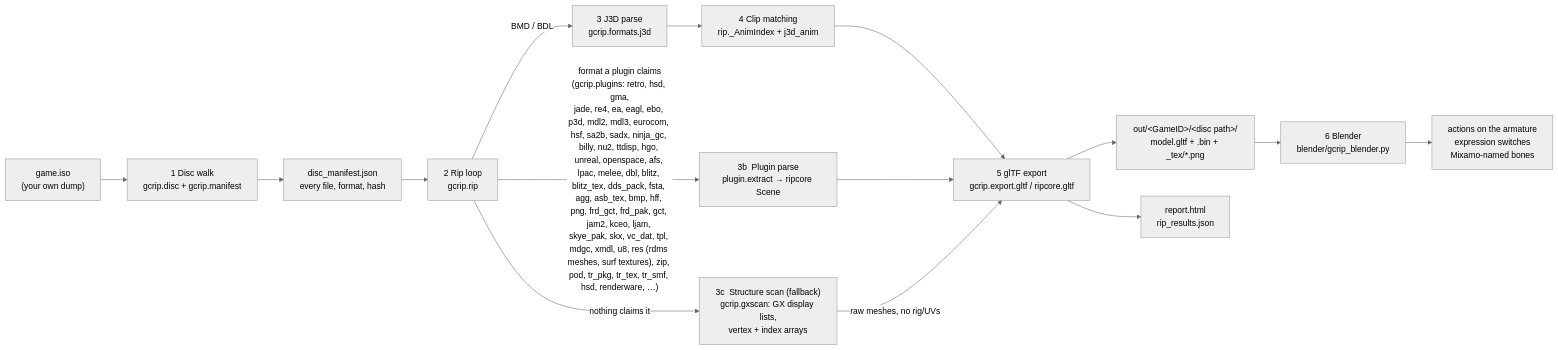
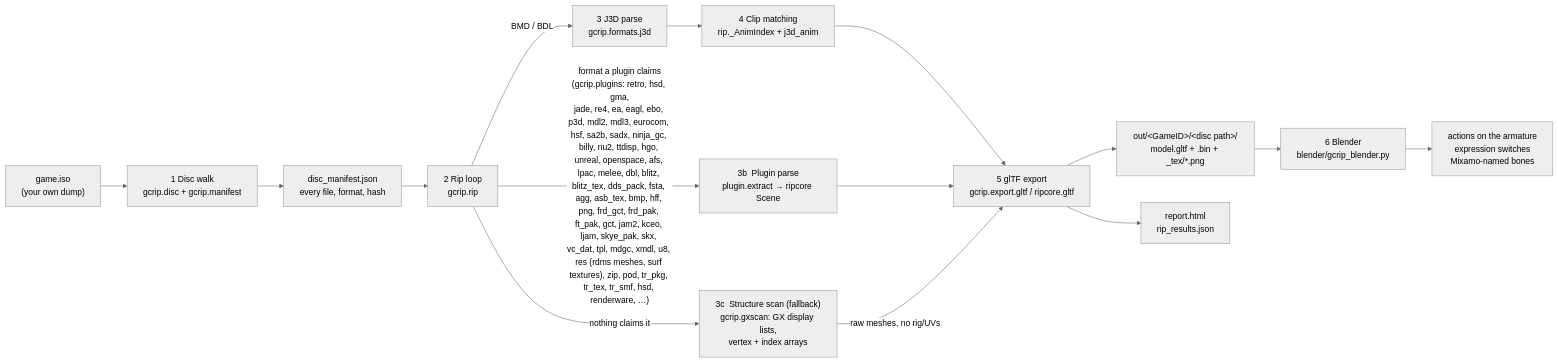
Before and after one commit to Felbs/3d-ripper-9000: the first of 9 diagrams in docs/PIPELINE.md, drawn with Mermaid (neutral theme). The commit also changed 6 other files, not shown here.

First line of the commit message:
gcrip ft_pak: FutureTactics' files.pak - 5,451 members including 1,207 RenderWare models

````diff
--- a/docs/PIPELINE.md
+++ b/docs/PIPELINE.md
@@ -11,17 +11,17 @@
 ```mermaid
 flowchart LR
     ISO["game.iso<br/>(your own dump)"] --> WALK["1  Disc walk<br/>gcrip.disc + gcrip.manifest"]
     WALK --> MAN["disc_manifest.json<br/>every file, format, hash"]
     MAN --> RIP["2  Rip loop<br/>gcrip.rip"]
     RIP -->|"BMD / BDL"| J3D["3  J3D parse<br/>gcrip.formats.j3d"]
-    RIP -->|"format a plugin claims<br/>(gcrip.plugins: retro, hsd, gma,<br/>jade, re4, ea, eagl, ebo, p3d, mdl2, mdl3, eurocom, hsf, sa2b, sadx, ninja_gc, billy, nu2, ttdisp, hgo, unreal, openspace, afs, lpac, melee, dbl, blitz, blitz_tex, dds_pack, fsta, agg, asb_tex, bmp, hff, png, frd_gct, frd_pak, gct, jam2, kceo, ljam, skye_pak, skx, vc_dat, tpl, mdgc, xmdl, u8, res (rdms meshes, surf textures), zip, pod, tr_pkg, tr_tex, tr_smf, hsd, renderware, …)"| PLUG["3b  Plugin parse<br/>plugin.extract → ripcore Scene"]
+    RIP -->|"format a plugin claims<br/>(gcrip.plugins: retro, hsd, gma,<br/>jade, re4, ea, eagl, ebo, p3d, mdl2, mdl3, eurocom, hsf, sa2b, sadx, ninja_gc, billy, nu2, ttdisp, hgo, unreal, openspace, afs, lpac, melee, dbl, blitz, blitz_tex, dds_pack, fsta, agg, asb_tex, bmp, hff, png, frd_gct, frd_pak, ft_pak, gct, jam2, kceo, ljam, skye_pak, skx, vc_dat, tpl, mdgc, xmdl, u8, res (rdms meshes, surf textures), zip, pod, tr_pkg, tr_tex, tr_smf, hsd, renderware, …)"| PLUG["3b  Plugin parse<br/>plugin.extract → ripcore Scene"]
     RIP -->|"nothing claims it"| GX["3c  Structure scan (fallback)<br/>gcrip.gxscan: GX display lists,<br/>vertex + index arrays"]
     J3D --> ANIM["4  Clip matching<br/>rip._AnimIndex + j3d_anim"]
     ANIM --> GLTF["5  glTF export<br/>gcrip.export.gltf / ripcore.gltf"]
     PLUG --> GLTF
     GX -->|"raw meshes, no rig/UVs"| GLTF
     GLTF --> OUT["out/&lt;GameID&gt;/&lt;disc path&gt;/<br/>model.gltf + .bin + _tex/*.png"]
     GLTF --> REP["report.html<br/>rip_results.json"]
     OUT --> BL["6  Blender<br/>blender/gcrip_blender.py"]
     BL --> PLAY["actions on the armature<br/>expression switches<br/>Mixamo-named bones"]
 ```
````
